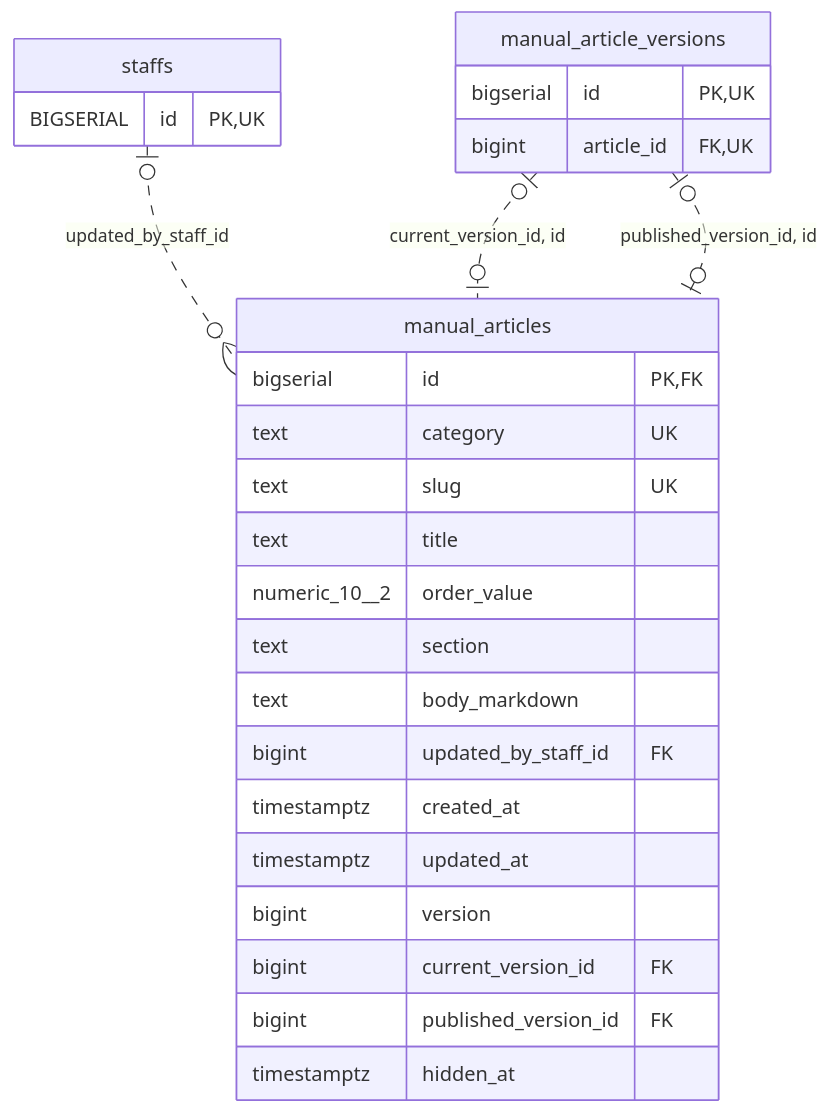
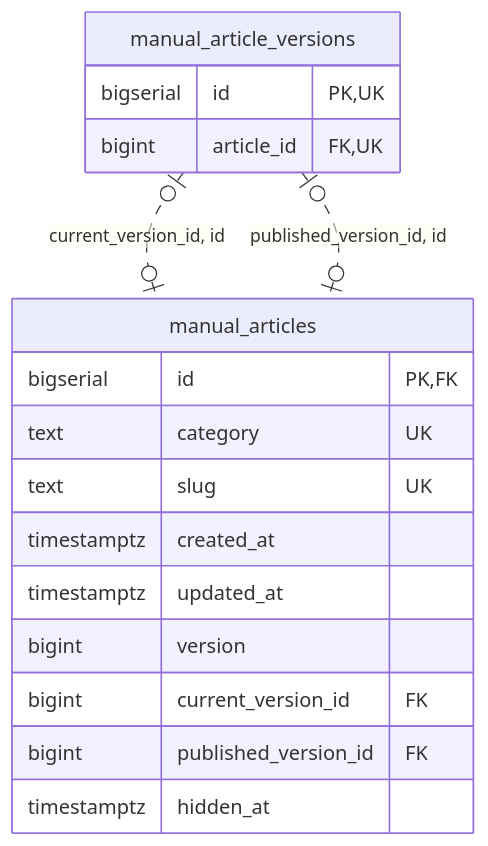
Before and after one commit to MinoruSoga/AnimalEkarte: the diagram in docs/architecture/erd-detail/manual_articles.md, drawn with Mermaid. The commit also changed other lines of this file and 147 other files, not shown here.

````diff
--- a/docs/architecture/erd-detail/manual_articles.md
+++ b/docs/architecture/erd-detail/manual_articles.md
@@ -37,29 +32,20 @@
 ```mermaid
 erDiagram
     manual_articles {
         bigserial id PK,FK
         text category UK
         text slug UK
-        text title
-        numeric_10__2 order_value
-        text section
-        text body_markdown
-        bigint updated_by_staff_id FK
         timestamptz created_at
         timestamptz updated_at
         bigint version
         bigint current_version_id FK
         bigint published_version_id FK
         timestamptz hidden_at
     }
     manual_article_versions {
         bigserial id PK,UK
         bigint article_id FK,UK
     }
-    staffs {
-        BIGSERIAL id PK,UK
-    }
-    staffs o|..o{ manual_articles : "updated_by_staff_id"
     manual_article_versions o|..o| manual_articles : "current_version_id, id"
     manual_article_versions o|..o| manual_articles : "published_version_id, id"
 ```
````
